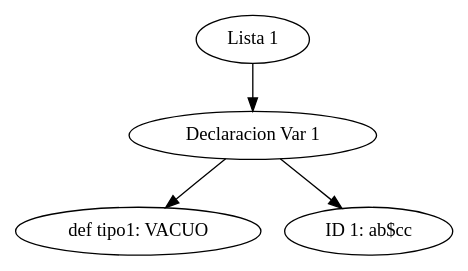
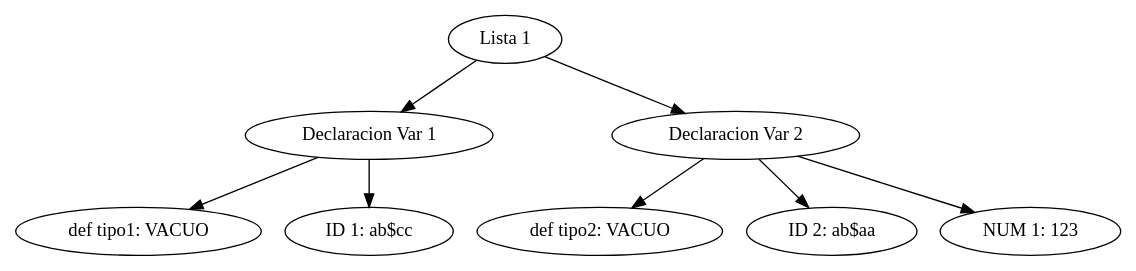
Before and after one commit to lancal/TallerCompiladores2018: the diagram in tree.dot, drawn with Graphviz. The commit also changed 7 other files, not shown here.

```diff
--- a/tree.dot
+++ b/tree.dot
@@ -1,5 +1,9 @@
 digraph G {
 	"Lista 1" -> "Declaracion Var 1"
 	"Declaracion Var 1" -> "def tipo1: VACUO" 
 	"Declaracion Var 1" -> "ID 1: ab$cc" 
+	"Lista 1" -> "Declaracion Var 2"
+	"Declaracion Var 2" -> "def tipo2: VACUO" 
+	"Declaracion Var 2" -> "ID 2: ab$aa" 
+	"Declaracion Var 2" -> "NUM 1: 123" 
 }
```
